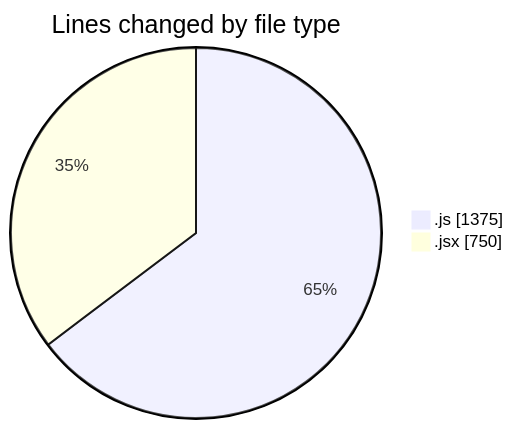
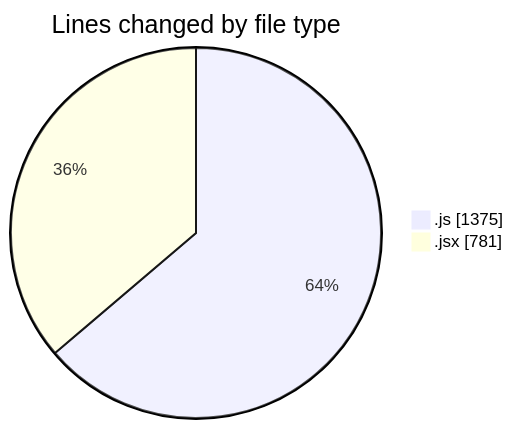
The first of 2 diagrams in 2025-07-29/nxtqube_webapp/README.md (nxtqubesakshisongat/code-tracking), drawn with Mermaid before and after one commit. The commit also changed other lines of this file and 1 other file, not shown here.

````diff
--- a/2025-07-29/nxtqube_webapp/README.md
+++ b/2025-07-29/nxtqube_webapp/README.md
@@ -25,6 +25,6 @@
 ```mermaid
 pie showData
 title Lines changed by file type
 ".js" : 1375
-".jsx" : 750
+".jsx" : 781
 ```
````
